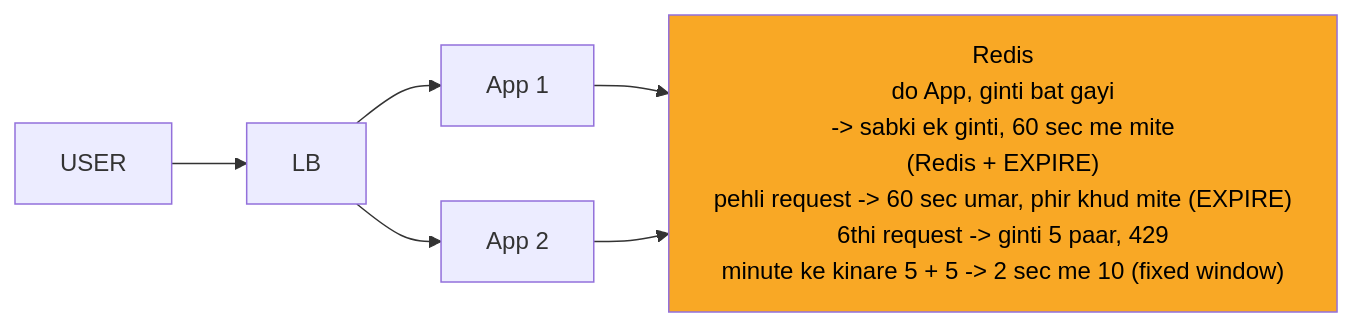
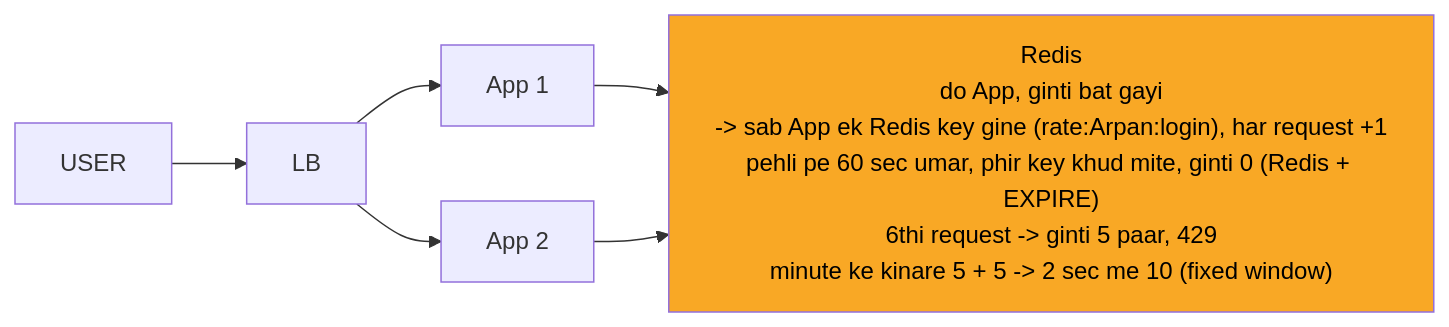
The second of 11 diagrams in 04_HLD/SYSTEM_DESIGNS/02_rate_limiter/02_rate_limiter.md (ArpanMaheshwari144/Prep), drawn with Mermaid before and after one commit. The commit also changed other lines of this file and 13 other files, not shown here.

````diff
--- a/04_HLD/SYSTEM_DESIGNS/02_rate_limiter/02_rate_limiter.md
+++ b/04_HLD/SYSTEM_DESIGNS/02_rate_limiter/02_rate_limiter.md
@@ -115,15 +119,15 @@
 ```mermaid
 %%{init: {"flowchart": {"wrappingWidth": 450}}}%%
 flowchart LR
     n_USER["USER"]
     n_LB["LB"]
     n_App_x_N_1["App 1"]
     n_App_x_N_2["App 2"]
-    n_Redis["Redis<br/>do App, ginti bat gayi<br/>-> sabki ek ginti, 60 sec me mite<br/>(Redis + EXPIRE)<br/>pehli request -> 60 sec umar, phir khud mite (EXPIRE)<br/>6thi request -> ginti 5 paar, 429<br/>minute ke kinare 5 + 5 -> 2 sec me 10 (fixed window)"]
+    n_Redis["Redis<br/>do App, ginti bat gayi<br/>-> sab App ek Redis key gine (rate:Arpan:login), har request +1<br/>pehli pe 60 sec umar, phir key khud mite, ginti 0 (Redis + EXPIRE)<br/>6thi request -> ginti 5 paar, 429<br/>minute ke kinare 5 + 5 -> 2 sec me 10 (fixed window)"]
     n_USER --> n_LB
     n_LB --> n_App_x_N_1
     n_LB --> n_App_x_N_2
     n_App_x_N_1 --> n_Redis
     n_App_x_N_2 --> n_Redis
     style n_Redis fill:#f9a825,color:#000
 ```
````
